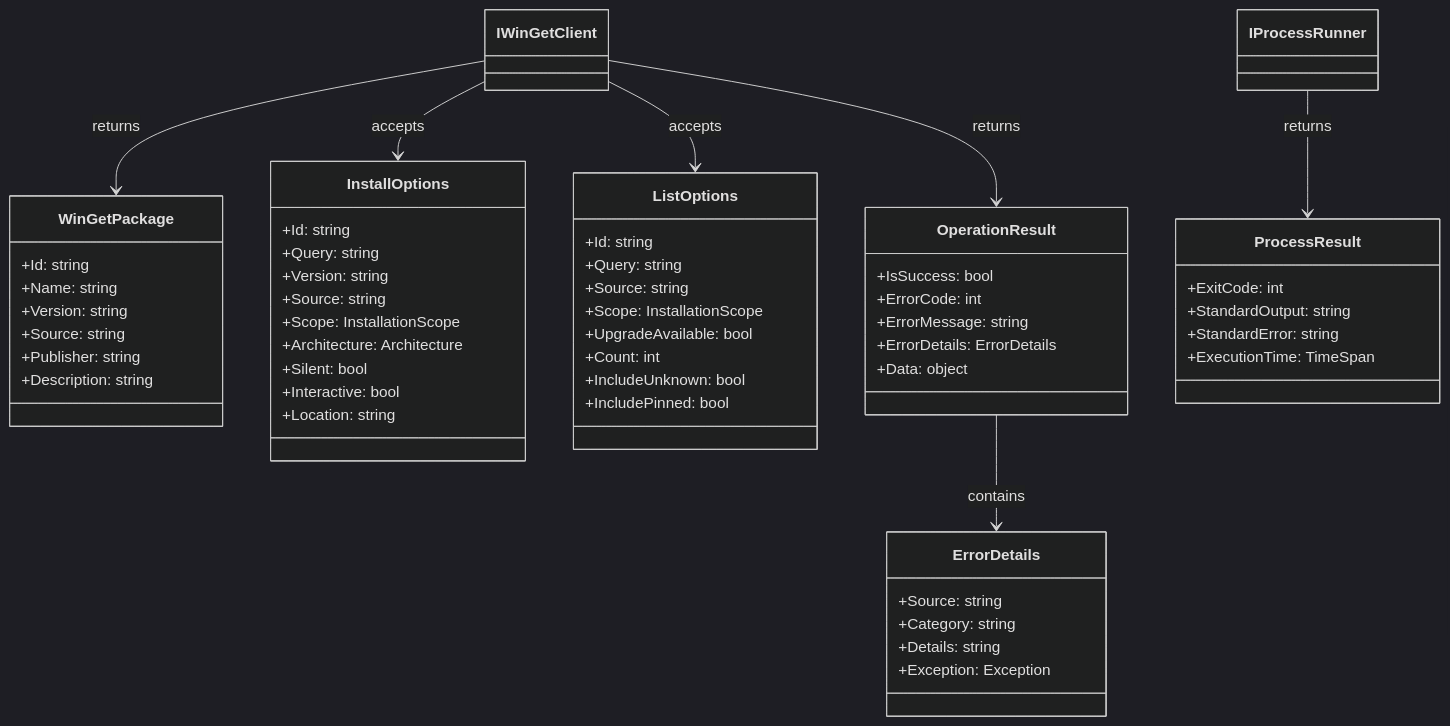
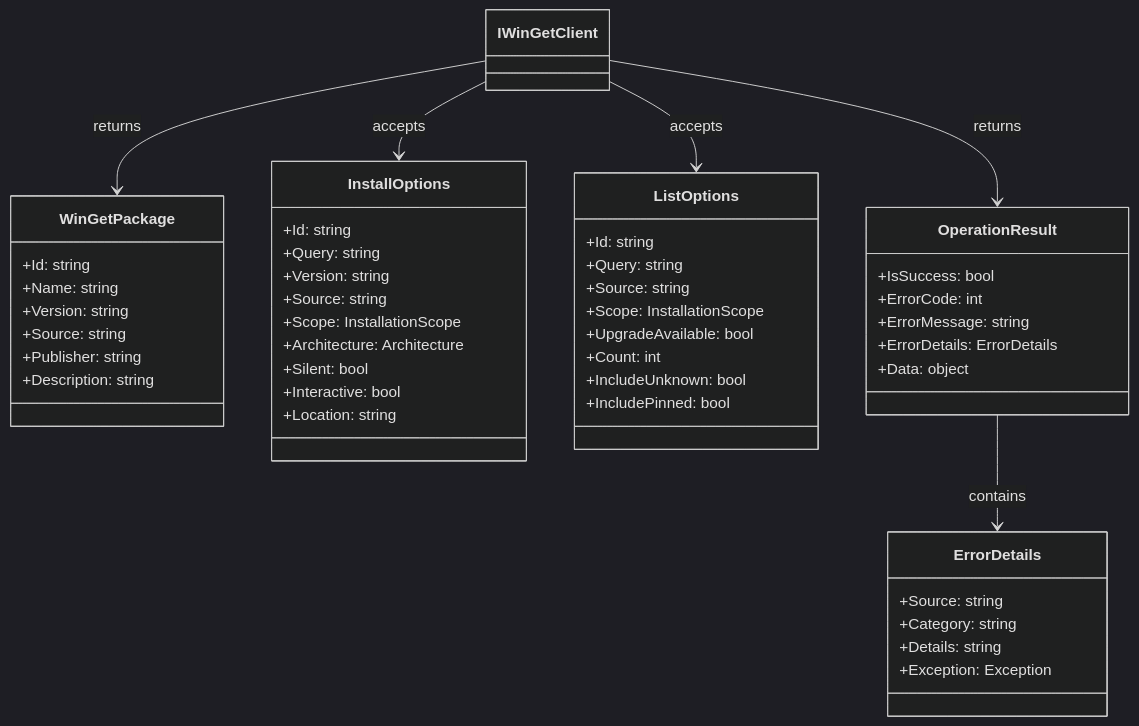
The second of 6 diagrams in docs/architecture.md (nuitsjp/GistGet), drawn with Mermaid (dark theme) before and after one commit. The commit also changed other lines of this file, not shown here.

````diff
--- a/docs/architecture.md
+++ b/docs/architecture.md
@@ -197,63 +182,55 @@
 ```mermaid
 classDiagram
     class WinGetPackage {
         +Id: string
         +Name: string
         +Version: string
         +Source: string
         +Publisher: string
         +Description: string
     }
     
     class InstallOptions {
         +Id: string
         +Query: string
         +Version: string
         +Source: string
         +Scope: InstallationScope
         +Architecture: Architecture
         +Silent: bool
         +Interactive: bool
         +Location: string
     }
     
     class ListOptions {
         +Id: string
         +Query: string
         +Source: string
         +Scope: InstallationScope
         +UpgradeAvailable: bool
         +Count: int
         +IncludeUnknown: bool
         +IncludePinned: bool
     }
     
     class OperationResult {
         +IsSuccess: bool
         +ErrorCode: int
         +ErrorMessage: string
         +ErrorDetails: ErrorDetails
         +Data: object
     }
     
     class ErrorDetails {
         +Source: string
         +Category: string
         +Details: string
         +Exception: Exception
     }
     
-    class ProcessResult {
-        +ExitCode: int
-        +StandardOutput: string
-        +StandardError: string
-        +ExecutionTime: TimeSpan
-    }
-
     OperationResult --> ErrorDetails : contains
     IWinGetClient --> WinGetPackage : returns
     IWinGetClient --> InstallOptions : accepts
     IWinGetClient --> ListOptions : accepts
     IWinGetClient --> OperationResult : returns
-    IProcessRunner --> ProcessResult : returns
 ```
````
